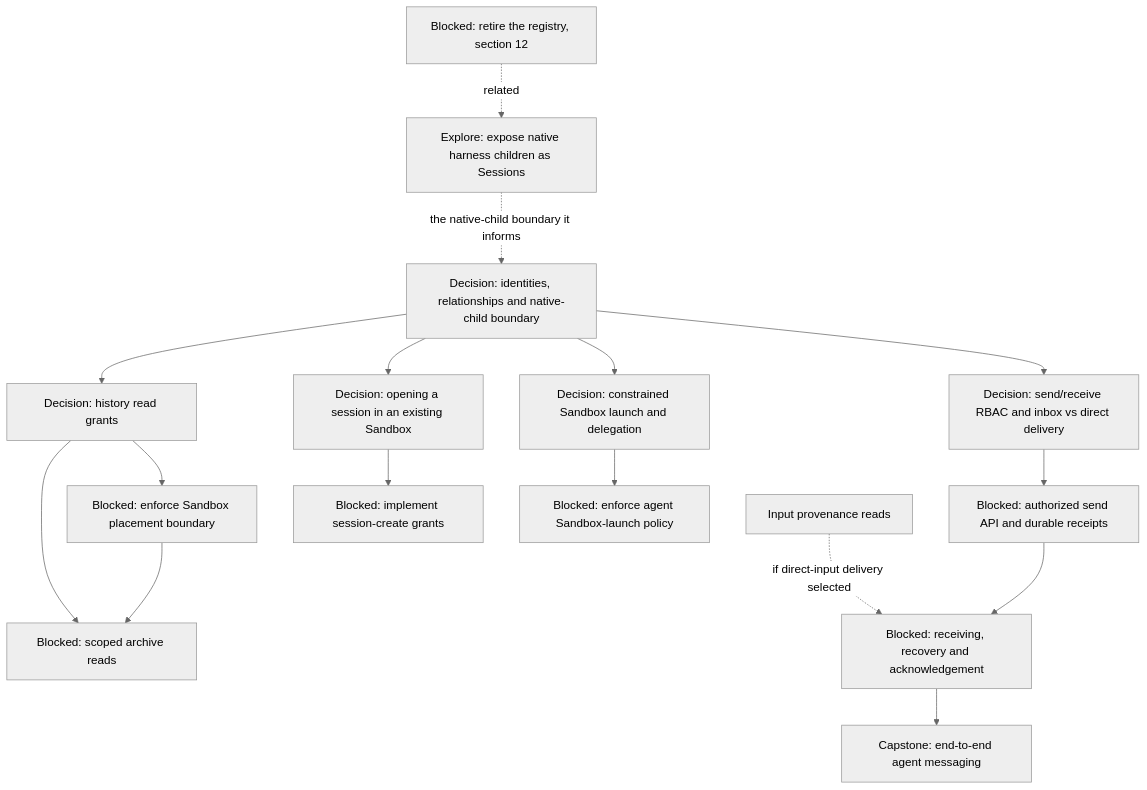
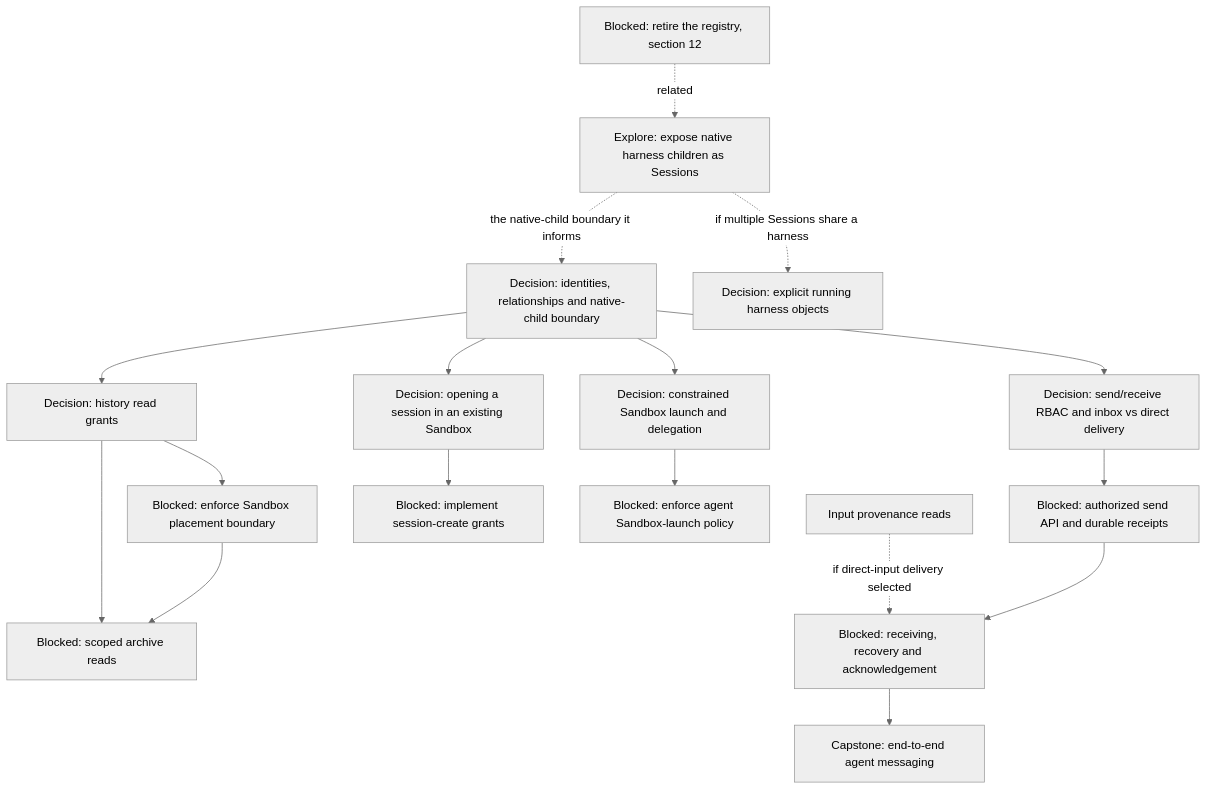
One commit to agentydragon-agent/ducktape changed the fifth of 15 diagrams in agentplane/plans/task_dag.md. Above: the diagram before and after it, drawn with Mermaid (neutral theme). The commit also changed other lines of this file, not shown here.

First line of the commit message:
Plan explicit running harness objects (#10637)

````diff
--- a/agentplane/plans/task_dag.md
+++ b/agentplane/plans/task_dag.md
@@ -213,31 +213,33 @@
 ```mermaid
 flowchart TD
     MULTIAGENT_MODEL[Decision: identities, relationships and native-child boundary]
     THREAD_READ_POLICY_DESIGN[Decision: history read grants]
     SANDBOX_COMPARTMENT_BOUNDARY[Blocked: enforce Sandbox placement boundary]
     THREAD_READ_POLICY[Blocked: scoped archive reads]
     AGENT_MESSAGING_DESIGN[Decision: send/receive RBAC and inbox vs direct delivery]
     AGENT_MESSAGE_INGRESS[Blocked: authorized send API and durable receipts]
     AGENT_MESSAGE_RECEPTION[Blocked: receiving, recovery and acknowledgement]
     AGENT_MESSAGING[Capstone: end-to-end agent messaging]
     THREAD_CREATE_POLICY[Decision: opening a session in an existing Sandbox]
     THREAD_CREATE_AUTHORIZATION[Blocked: implement session-create grants]
     AGENT_LAUNCH_POLICY_DESIGN[Decision: constrained Sandbox launch and delegation]
     AGENT_SANDBOX_LAUNCH[Blocked: enforce agent Sandbox-launch policy]
     MULTIAGENT_MODEL --> THREAD_READ_POLICY_DESIGN
     MULTIAGENT_MODEL --> AGENT_MESSAGING_DESIGN
     MULTIAGENT_MODEL --> THREAD_CREATE_POLICY
     MULTIAGENT_MODEL --> AGENT_LAUNCH_POLICY_DESIGN
     THREAD_READ_POLICY_DESIGN --> SANDBOX_COMPARTMENT_BOUNDARY
     THREAD_READ_POLICY_DESIGN --> THREAD_READ_POLICY
     SANDBOX_COMPARTMENT_BOUNDARY --> THREAD_READ_POLICY
     AGENT_MESSAGING_DESIGN --> AGENT_MESSAGE_INGRESS
     SESSION_INPUT_METADATA_READ[Input provenance reads] -. if direct-input delivery selected .-> AGENT_MESSAGE_RECEPTION
     AGENT_MESSAGE_INGRESS --> AGENT_MESSAGE_RECEPTION
     AGENT_MESSAGE_RECEPTION --> AGENT_MESSAGING
     THREAD_CREATE_POLICY --> THREAD_CREATE_AUTHORIZATION
     AGENT_LAUNCH_POLICY_DESIGN --> AGENT_SANDBOX_LAUNCH
     NATIVE_SUBAGENT_EXPOSURE[Explore: expose native harness children as Sessions]
+    RUNNER_HARNESS_OBJECTS_DESIGN[Decision: explicit running harness objects]
+    NATIVE_SUBAGENT_EXPOSURE -. if multiple Sessions share a harness .-> RUNNER_HARNESS_OBJECTS_DESIGN
     NATIVE_SUBAGENT_EXPOSURE -. the native-child boundary it informs .-> MULTIAGENT_MODEL
     GATEWAY_SESSION_REGISTRY_RETIRE[Blocked: retire the registry, section 12] -. related .-> NATIVE_SUBAGENT_EXPOSURE
 ```
````
